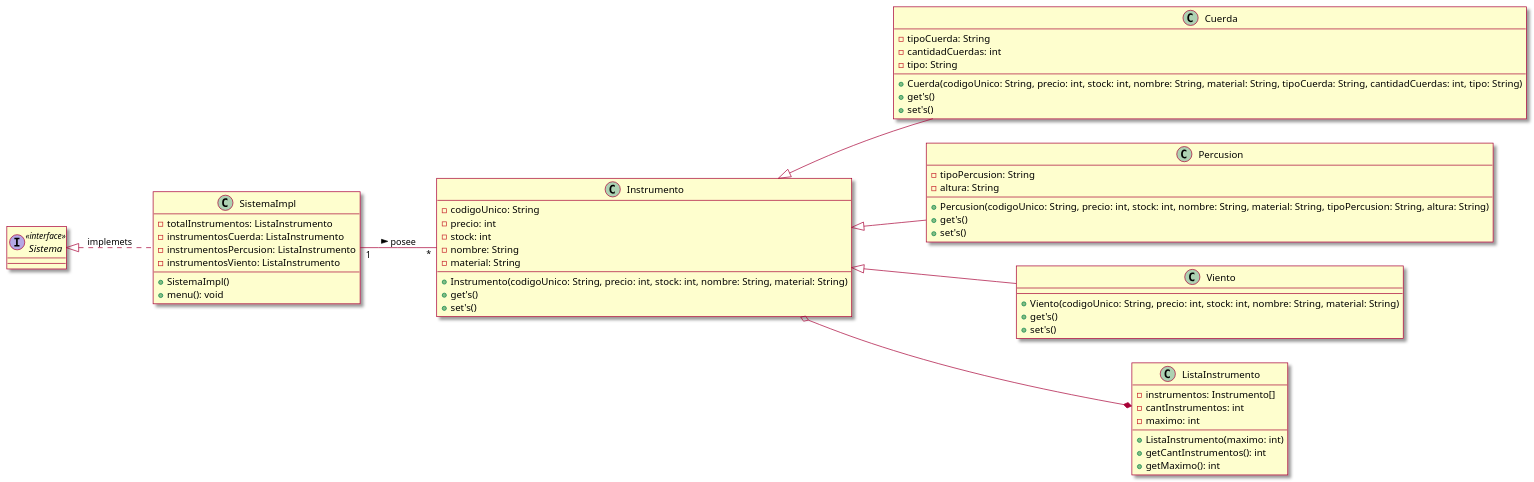
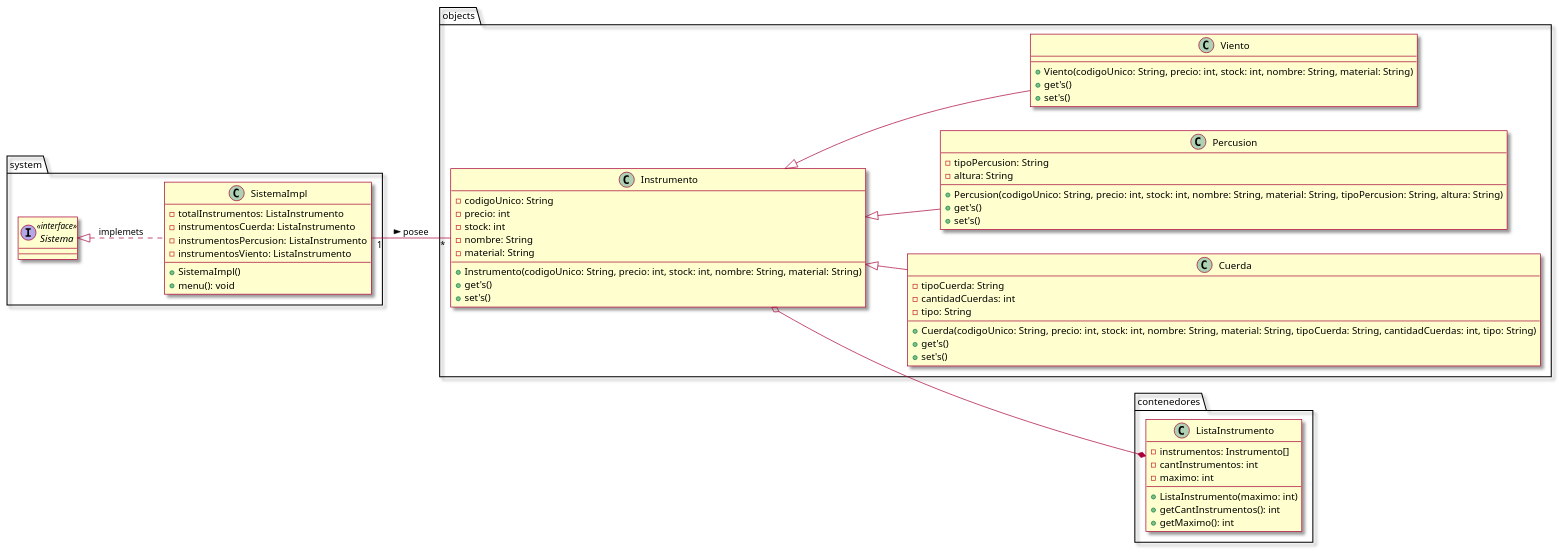
One commit to ProMDFK123/Taller3 changed the diagram in src/clase.puml. Above: the diagram before and after it, drawn with PlantUML.

Commit message:
diagrama de clases v0.1.1

```diff
--- a/src/clase.puml
+++ b/src/clase.puml
@@ -1,72 +1,78 @@
 @startuml
 left to right direction
 skin rose
 
-Class Instrumento{
-    -codigoUnico: String
-    -precio: int
-    -stock: int
-    -nombre: String
-    -material: String
+package objects{
+    Class Instrumento{
+        -codigoUnico: String
+        -precio: int
+        -stock: int
+        -nombre: String
+        -material: String
 
-    +Instrumento(codigoUnico: String, precio: int, stock: int, nombre: String, material: String)
-    +get's()
-    +set's()
-}
+        +Instrumento(codigoUnico: String, precio: int, stock: int, nombre: String, material: String)
+        +get's()
+        +set's()
+    }
 
-Class Cuerda{
-    -tipoCuerda: String
-    -cantidadCuerdas: int
-    -tipo: String
+    Class Cuerda{
+        -tipoCuerda: String
+        -cantidadCuerdas: int
+        -tipo: String
 
-    +Cuerda(codigoUnico: String, precio: int, stock: int, nombre: String, material: String, tipoCuerda: String, cantidadCuerdas: int, tipo: String)
-    +get's()
-    +set's()
-}
+        +Cuerda(codigoUnico: String, precio: int, stock: int, nombre: String, material: String, tipoCuerda: String, cantidadCuerdas: int, tipo: String)
+        +get's()
+        +set's()
+    }
 
-Class Percusion{
-    -tipoPercusion: String
-    -altura: String
+    Class Percusion{
+        -tipoPercusion: String
+        -altura: String
 
-    +Percusion(codigoUnico: String, precio: int, stock: int, nombre: String, material: String, tipoPercusion: String, altura: String)
-    +get's()
-    +set's()
-}
+        +Percusion(codigoUnico: String, precio: int, stock: int, nombre: String, material: String, tipoPercusion: String, altura: String)
+        +get's()
+        +set's()
+    }
 
-Class Viento{
-    +Viento(codigoUnico: String, precio: int, stock: int, nombre: String, material: String)
-    +get's()
-    +set's()
+    Class Viento{
+        +Viento(codigoUnico: String, precio: int, stock: int, nombre: String, material: String)
+        +get's()
+        +set's()
+    }
 }
 
 Instrumento^--Cuerda
 Instrumento^--Percusion
 Instrumento^--Viento
 
-Class ListaInstrumento{
-    -instrumentos: Instrumento[]
-    -cantInstrumentos: int
-    -maximo: int
+package contenedores{
+    Class ListaInstrumento{
+        -instrumentos: Instrumento[]
+        -cantInstrumentos: int
+        -maximo: int
 
-    +ListaInstrumento(maximo: int)
-    +getCantInstrumentos(): int
-    +getMaximo(): int
+        +ListaInstrumento(maximo: int)
+        +getCantInstrumentos(): int
+        +getMaximo(): int
+    }
 }
 
 Instrumento o--* ListaInstrumento
 
-interface Sistema <<interface>>{}
+package system{
+    interface Sistema <<interface>>{}
 
-Class SistemaImpl{
-    -totalInstrumentos: ListaInstrumento
-    -instrumentosCuerda: ListaInstrumento
-    -instrumentosPercusion: ListaInstrumento
-    -instrumentosViento: ListaInstrumento
+    Class SistemaImpl{
+        -totalInstrumentos: ListaInstrumento
+        -instrumentosCuerda: ListaInstrumento
+        -instrumentosPercusion: ListaInstrumento
+        -instrumentosViento: ListaInstrumento
 
-    +SistemaImpl()
-    +menu(): void
+        +SistemaImpl()
+        +menu(): void
+    }
 }
 
 Sistema^..SistemaImpl: implemets
 SistemaImpl"1"--"*"Instrumento:  posee >
 @enduml
```
